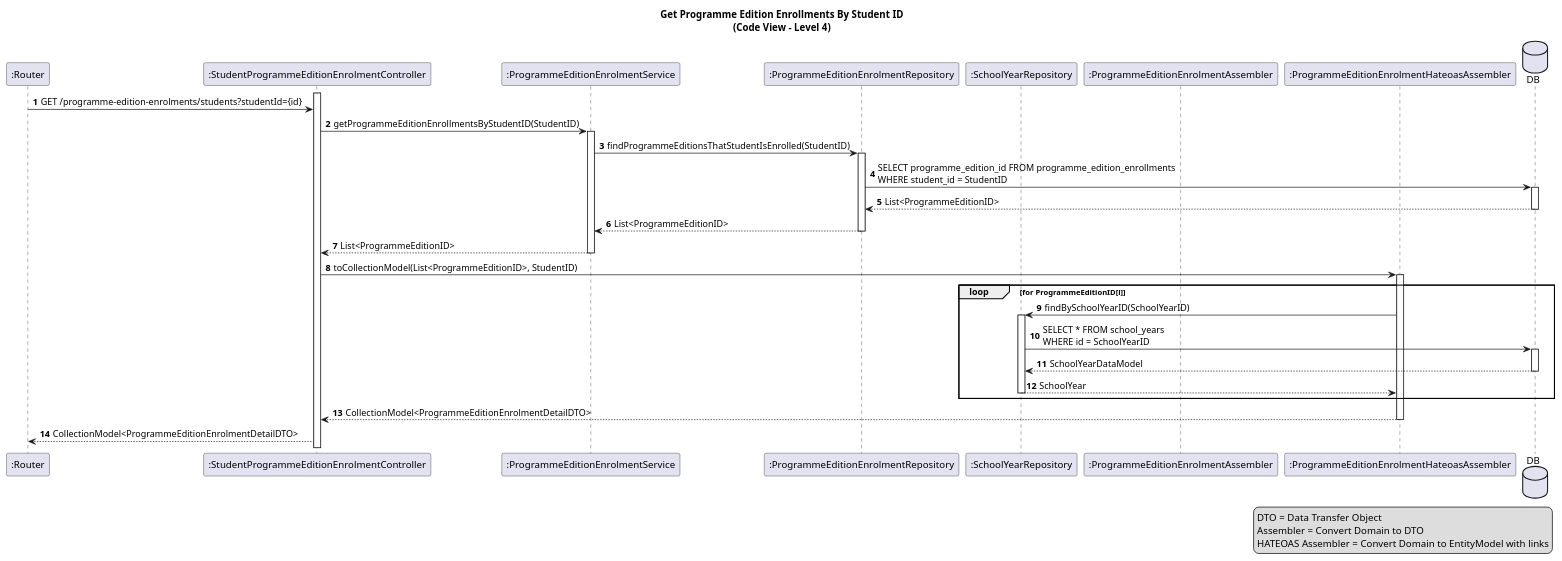
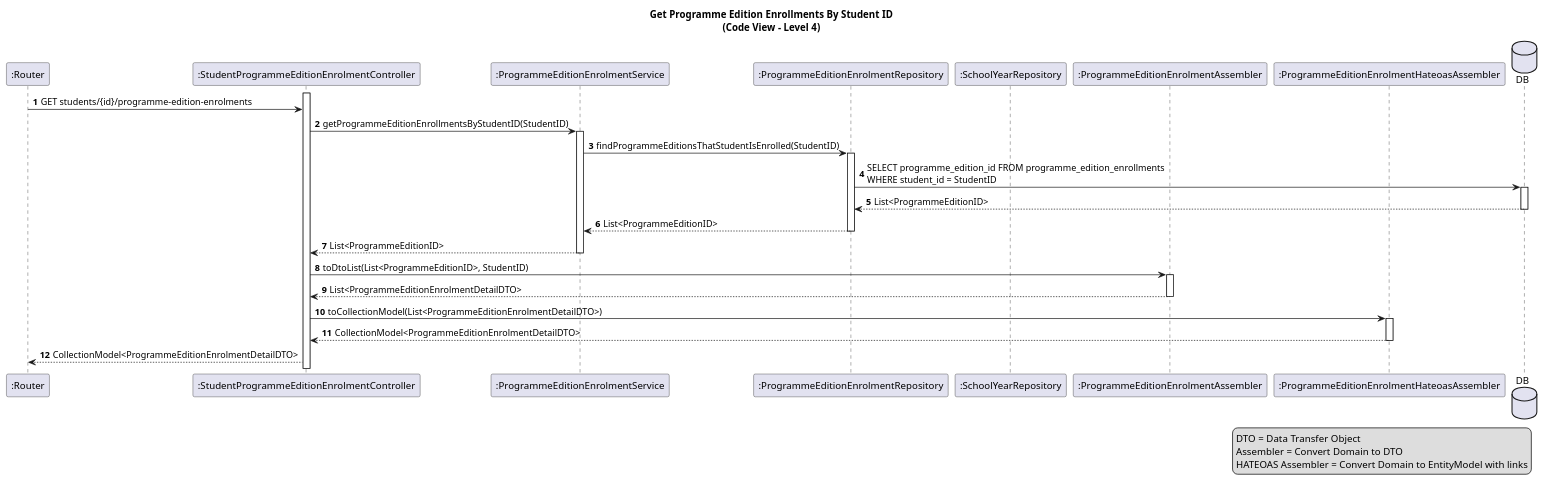
The diagram in docs/US16/sprint6_RestController/process_view/references/GetProgrammeEditionsByStudentId.puml (GasparISEP/DevOps-PAI), drawn with PlantUML before and after one commit.

Commit message:
refactor (GetProgrammeEditionsByStudentId): update endpoint to use path variable for student ID and modify response handling to utilize DTOs for improved clarity and structure. refs #659 #684

```diff
--- a/docs/US16/sprint6_RestController/process_view/references/GetProgrammeEditionsByStudentId.puml
+++ b/docs/US16/sprint6_RestController/process_view/references/GetProgrammeEditionsByStudentId.puml
@@ -1,42 +1,40 @@
 @startuml
 title: Get Programme Edition Enrollments By Student ID\n(Code View - Level 4)
 
 autonumber
 
 participant ":Router" as router
 participant ":StudentProgrammeEditionEnrolmentController" as peeCtrl
 activate peeCtrl
 participant ":ProgrammeEditionEnrolmentService" as peeService
 participant ":ProgrammeEditionEnrolmentRepository" as peeRepo
 participant ":SchoolYearRepository" as syRepo
 participant ":ProgrammeEditionEnrolmentAssembler" as peeAssembler
 participant ":ProgrammeEditionEnrolmentHateoasAssembler" as peeHateoasAssembler
 database DB
 
-router -> peeCtrl: GET /programme-edition-enrolments/students?studentId={id}
+router -> peeCtrl: GET students/{id}/programme-edition-enrolments
 peeCtrl -> peeService ++: getProgrammeEditionEnrollmentsByStudentID(StudentID)
 peeService -> peeRepo ++: findProgrammeEditionsThatStudentIsEnrolled(StudentID)
 peeRepo -> DB ++: SELECT programme_edition_id FROM programme_edition_enrollments\nWHERE student_id = StudentID
 DB --> peeRepo --: List<ProgrammeEditionID>
 
 peeRepo --> peeService --: List<ProgrammeEditionID>
 peeService --> peeCtrl --: List<ProgrammeEditionID>
 
-peeCtrl -> peeHateoasAssembler ++: toCollectionModel(List<ProgrammeEditionID>, StudentID)
+peeCtrl -> peeAssembler ++: toDtoList(List<ProgrammeEditionID>, StudentID)
+peeAssembler --> peeCtrl --: List<ProgrammeEditionEnrolmentDetailDTO>
 
-loop for ProgrammeEditionID[i]  
-    peeHateoasAssembler -> syRepo ++: findBySchoolYearID(SchoolYearID)
-    syRepo -> DB ++: SELECT * FROM school_years\nWHERE id = SchoolYearID
-    DB --> syRepo --: SchoolYearDataModel
-    syRepo --> peeHateoasAssembler --: SchoolYear
-end
+peeCtrl -> peeHateoasAssembler ++: toCollectionModel(List<ProgrammeEditionEnrolmentDetailDTO>)
+
+
 peeHateoasAssembler --> peeCtrl --: CollectionModel<ProgrammeEditionEnrolmentDetailDTO>
 peeCtrl --> router: CollectionModel<ProgrammeEditionEnrolmentDetailDTO>
 
 legend right
   DTO = Data Transfer Object
   Assembler = Convert Domain to DTO
   HATEOAS Assembler = Convert Domain to EntityModel with links
 end legend
 
 @enduml
```
